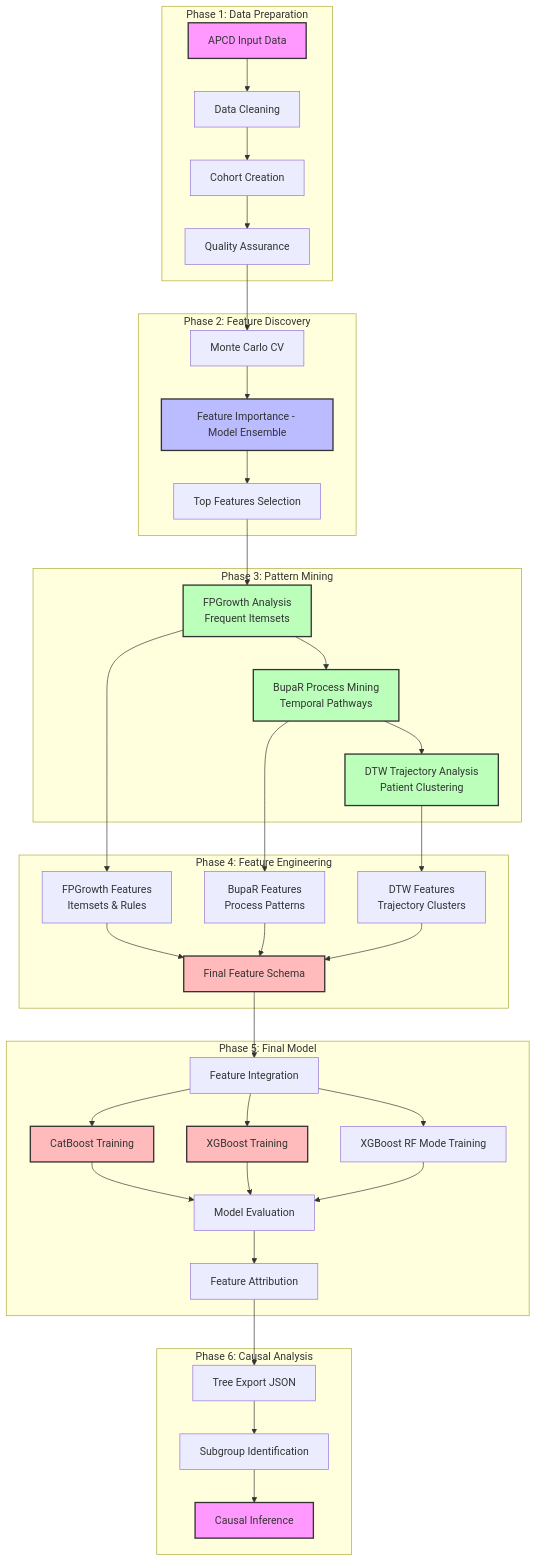
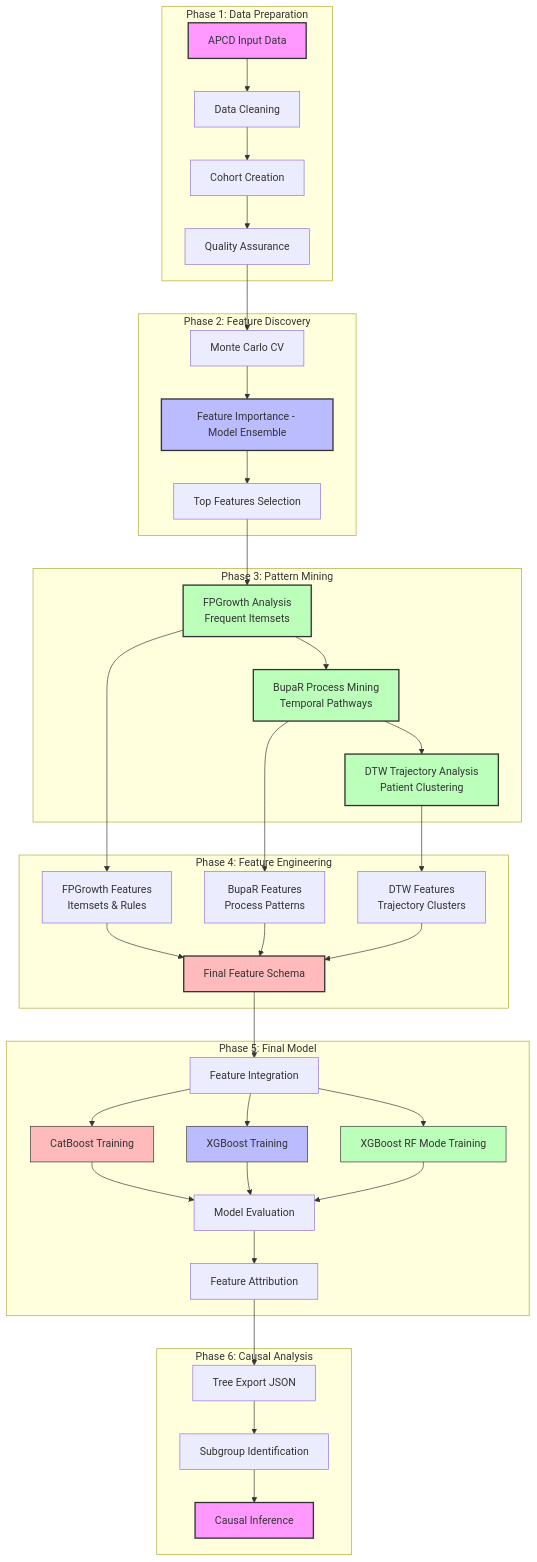
The diagram in README.md (Jerome3590/pgx-analysis), drawn with Mermaid before and after one commit.

Commit message:
Color-code final model ensemble nodes in README mermaid diagram

````diff
--- a/README.md
+++ b/README.md
@@ -42,56 +42,58 @@
 ```mermaid
 flowchart TD
     subgraph "Phase 1: Data Preparation"
         A1[APCD Input Data] --> A2[Data Cleaning]
         A2 --> A3[Cohort Creation]
         A3 --> A4[Quality Assurance]
     end
     
     subgraph "Phase 2: Feature Discovery"
         A4 --> B1[Monte Carlo CV]
         B1 --> B2[Feature Importance - Model Ensemble]
         B2 --> B3[Top Features Selection]
     end
     
     subgraph "Phase 3: Pattern Mining"
         B3 --> C1[FPGrowth Analysis<br/>Frequent Itemsets]
         C1 --> C2[BupaR Process Mining<br/>Temporal Pathways]
         C2 --> C3[DTW Trajectory Analysis<br/>Patient Clustering]
     end
     
     subgraph "Phase 4: Feature Engineering"
         C1 --> D1[FPGrowth Features<br/>Itemsets & Rules]
         C2 --> D2[BupaR Features<br/>Process Patterns]
         C3 --> D3[DTW Features<br/>Trajectory Clusters]
         D1 --> D4[Final Feature Schema]
         D2 --> D4
         D3 --> D4
     end
     
     subgraph "Phase 5: Final Model"
         D4 --> E1[Feature Integration]
         E1 --> E2[CatBoost Training]
         E1 --> E3[XGBoost Training]
         E1 --> E6[XGBoost RF Mode Training]
         E2 --> E4[Model Evaluation]
         E3 --> E4
         E6 --> E4
         E4 --> E5[Feature Attribution]
     end
     
     subgraph "Phase 6: Causal Analysis"
         E5 --> F1[Tree Export JSON]
         F1 --> F2[Subgroup Identification]
         F2 --> F3[Causal Inference]
     end
     
     style A1 fill:#f9f,stroke:#333,stroke-width:2px
     style B2 fill:#bbf,stroke:#333,stroke-width:2px
     style C1 fill:#bfb,stroke:#333,stroke-width:2px
     style C2 fill:#bfb,stroke:#333,stroke-width:2px
     style C3 fill:#bfb,stroke:#333,stroke-width:2px
     style D4 fill:#fbb,stroke:#333,stroke-width:2px
-    style E2 fill:#fbb,stroke:#333,stroke-width:2px
-    style E3 fill:#fbb,stroke:#333,stroke-width:2px
+    %% Final model ensemble (distinct colors per model)
+    style E2 fill:#fbb,stroke:#333,stroke-width:2px    %% CatBoost
+    style E3 fill:#bbf,stroke:#333,stroke-width:2px    %% XGBoost
+    style E6 fill:#bfb,stroke:#333,stroke-width:2px    %% XGBoost RF mode
     style F3 fill:#f9f,stroke:#333,stroke-width:2px
 ```
````
